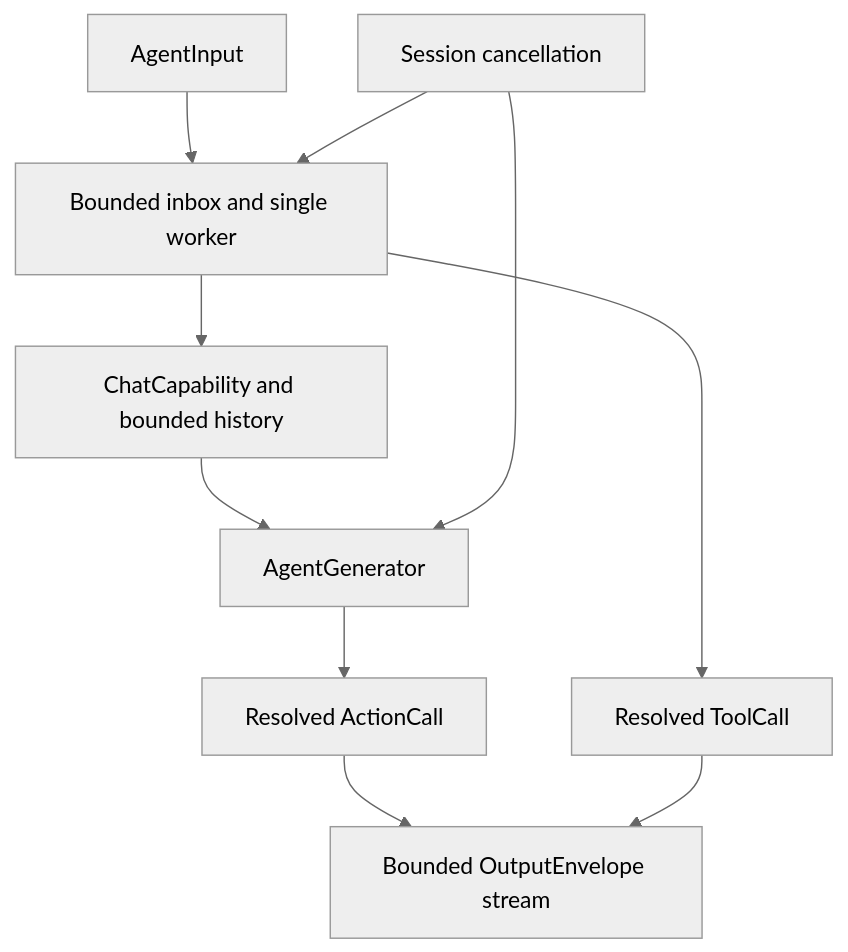
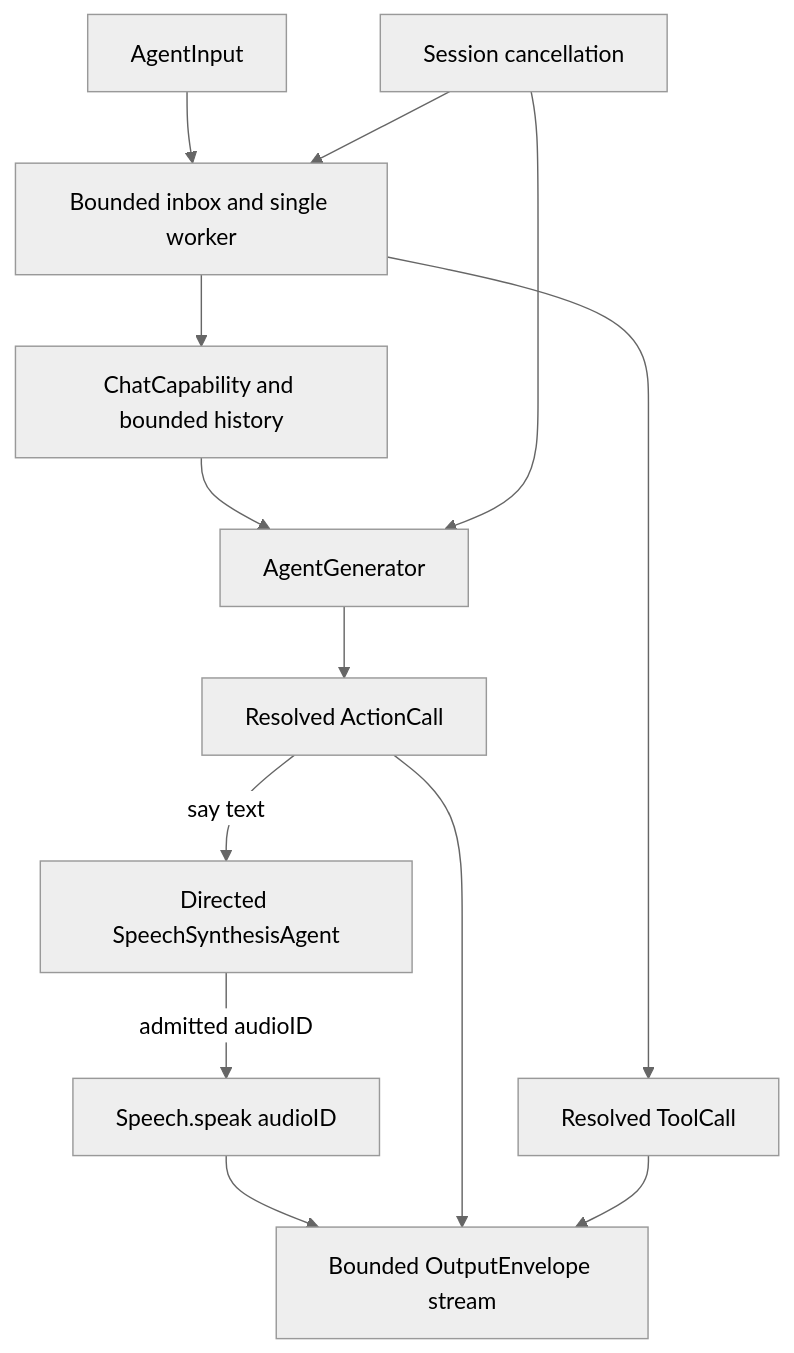
Before and after one commit to devilyouwei/MobileHarness: the first of 3 diagrams in MobileHarness/Agents/Assistant/README.md, drawn with Mermaid (neutral theme). The commit also changed other lines of this file and 124 other files, not shown here.

````diff
--- a/MobileHarness/Agents/Assistant/README.md
+++ b/MobileHarness/Agents/Assistant/README.md
@@ -15,12 +15,15 @@
 ```mermaid
 flowchart TD
     Input[AgentInput] --> Queue[Bounded inbox and single worker]
     Queue --> Model[ChatCapability and bounded history]
     Model --> Parser[AgentGenerator]
     Parser --> Calls[Resolved ActionCall]
+    Calls -->|say text| Synthesis[Directed SpeechSynthesisAgent]
+    Synthesis -->|admitted audioID| Playback[Speech.speak audioID]
+    Playback --> Stream
     Queue --> Tool[Resolved ToolCall]
     Calls --> Stream[Bounded OutputEnvelope stream]
     Tool --> Stream
     Cancel[Session cancellation] --> Queue
     Cancel --> Parser
 ```
````
